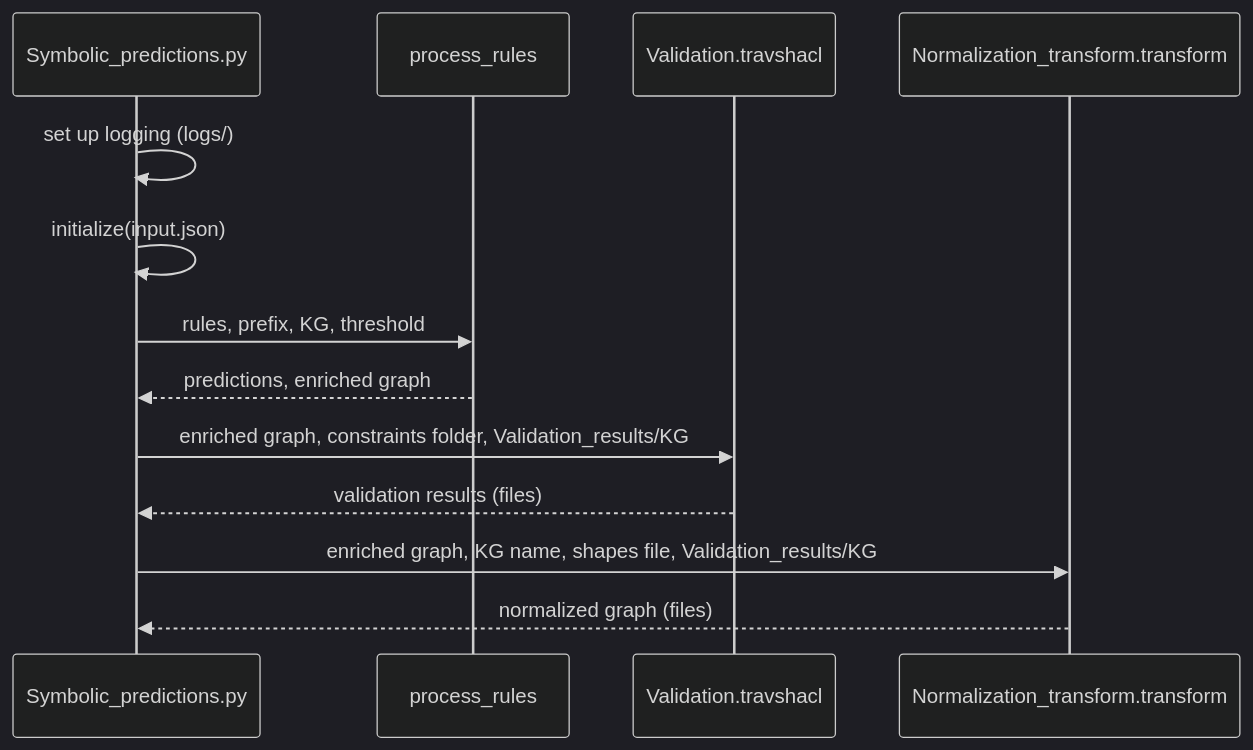
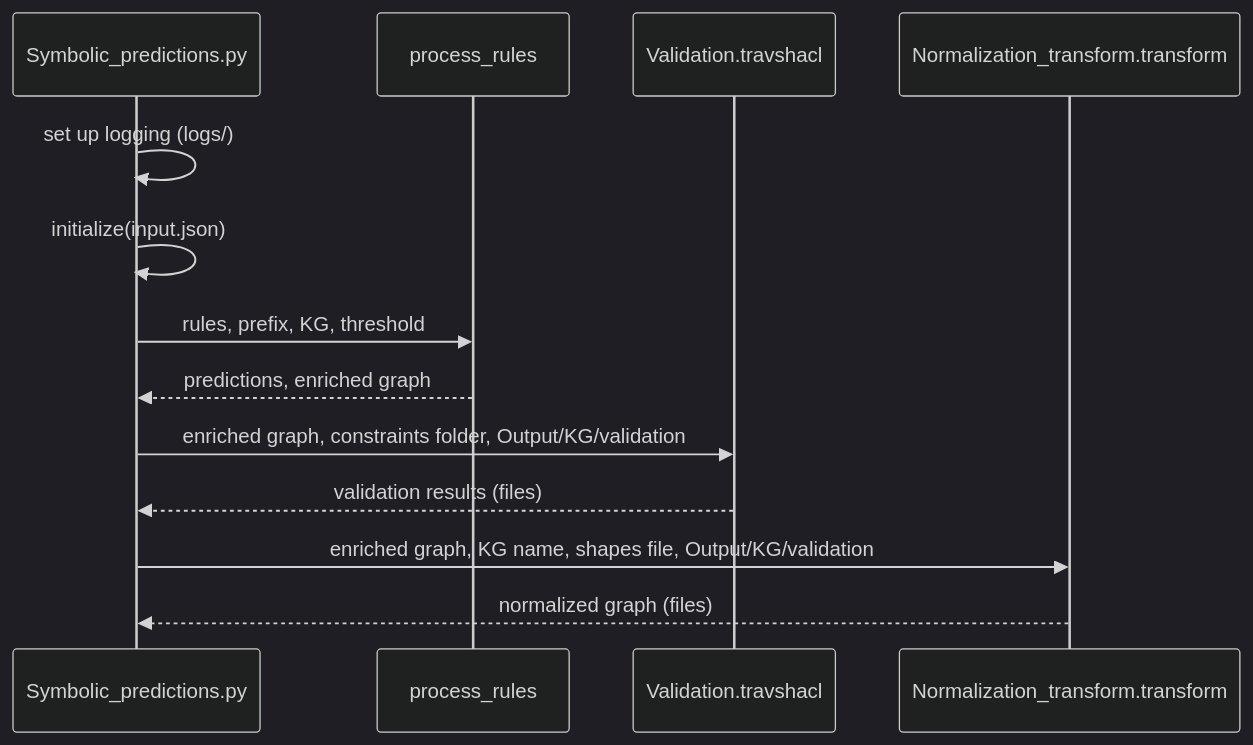
Before and after one commit to DavidGomez00/VANILLA: the diagram in docs/05-normalization-pipeline.md, drawn with Mermaid (dark theme). The commit also changed other lines of this file and 17 other files, not shown here.

````diff
--- a/docs/05-normalization-pipeline.md
+++ b/docs/05-normalization-pipeline.md
@@ -13,15 +13,15 @@
 ```mermaid
 sequenceDiagram
     participant M as Symbolic_predictions.py
     participant R as process_rules
     participant V as Validation.travshacl
     participant T as Normalization_transform.transform
     M->>M: set up logging (logs/)
     M->>M: initialize(input.json)
     M->>R: rules, prefix, KG, threshold
     R-->>M: predictions, enriched graph
-    M->>V: enriched graph, constraints folder, Validation_results/KG
+    M->>V: enriched graph, constraints folder, Output/KG/validation
     V-->>M: validation results (files)
-    M->>T: enriched graph, KG name, shapes file, Validation_results/KG
+    M->>T: enriched graph, KG name, shapes file, Output/KG/validation
     T-->>M: normalized graph (files)
 ```
````
